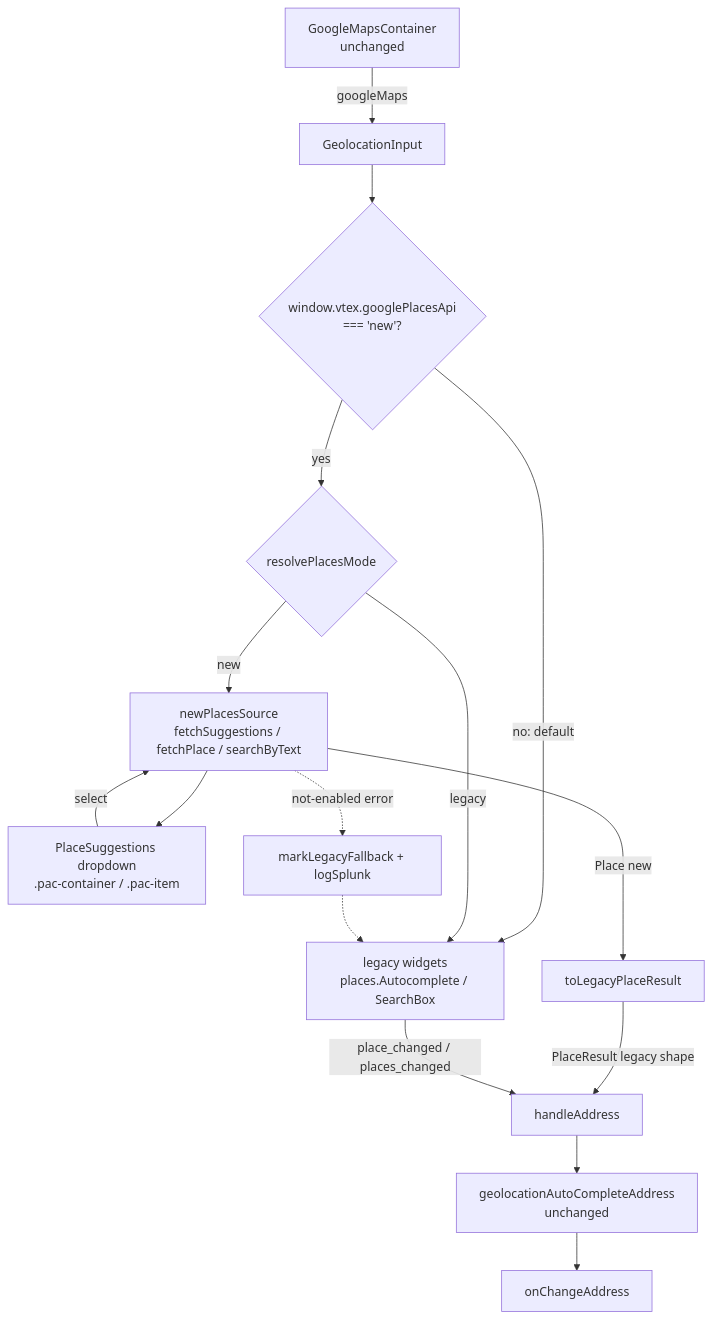
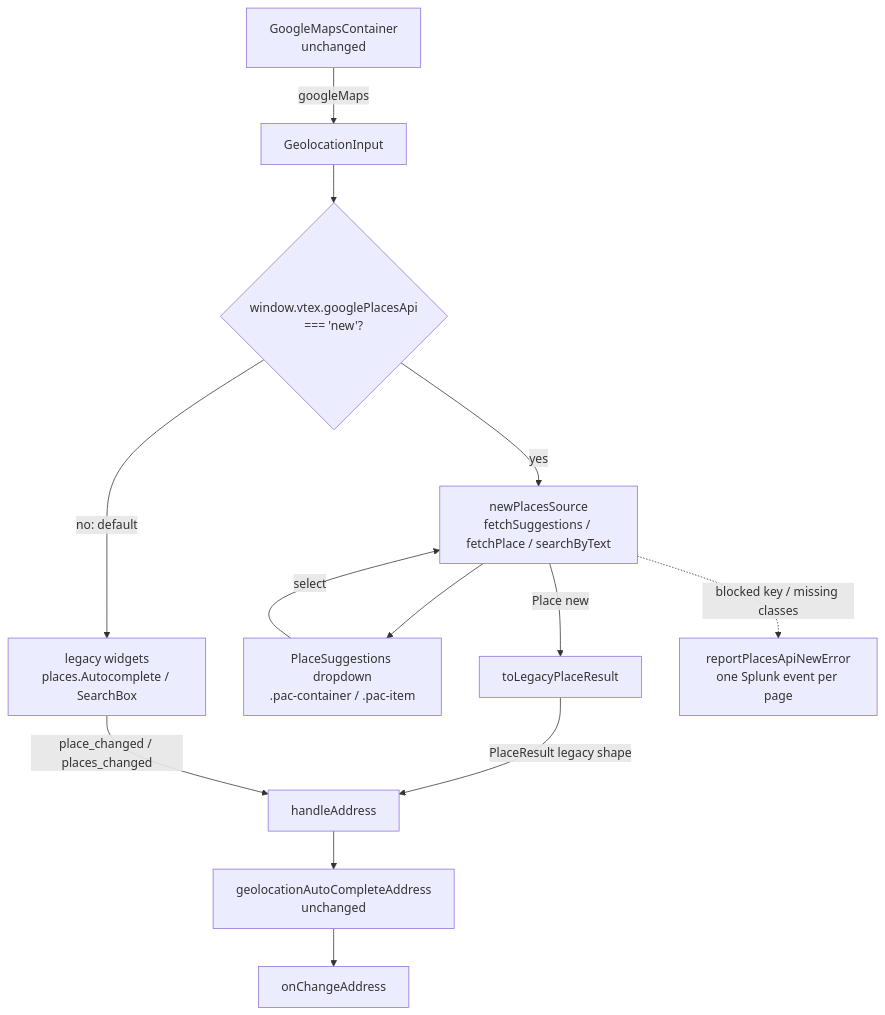
One commit to vtex/address-form changed the first of 2 diagrams in specs/places-api-new-migration.md. Above: the diagram before and after it, drawn with Mermaid. The commit also changed other lines of this file and 6 other files, not shown here.

First line of the commit message:
feat: let the store preference alone decide the Places API

````diff
--- a/specs/places-api-new-migration.md
+++ b/specs/places-api-new-migration.md
@@ -138,18 +138,16 @@
 ```mermaid
 flowchart TD
   GMC[GoogleMapsContainer<br/>unchanged] -->|googleMaps| GI[GeolocationInput]
   GI --> P{window.vtex.googlePlacesApi<br/>=== 'new'?}
   P -->|no: default| LW
-  P -->|yes| R{resolvePlacesMode}
-  R -->|new| NS[newPlacesSource<br/>fetchSuggestions / fetchPlace / searchByText]
-  R -->|legacy| LW[legacy widgets<br/>places.Autocomplete / SearchBox]
+  P -->|yes| NS[newPlacesSource<br/>fetchSuggestions / fetchPlace / searchByText]
+  LW[legacy widgets<br/>places.Autocomplete / SearchBox]
   NS --> DD[PlaceSuggestions dropdown<br/>.pac-container / .pac-item]
   DD -->|select| NS
   NS -->|Place new| AD[toLegacyPlaceResult]
   AD -->|PlaceResult legacy shape| HA[handleAddress]
   LW -->|place_changed / places_changed| HA
   HA --> GAA[geolocationAutoCompleteAddress<br/>unchanged]
   GAA --> OCA[onChangeAddress]
-  NS -.->|not-enabled error| FB[markLegacyFallback + logSplunk]
-  FB -.-> LW
+  NS -.->|blocked key / missing classes| ERR[reportPlacesApiNewError<br/>one Splunk event per page]
 ```
````
